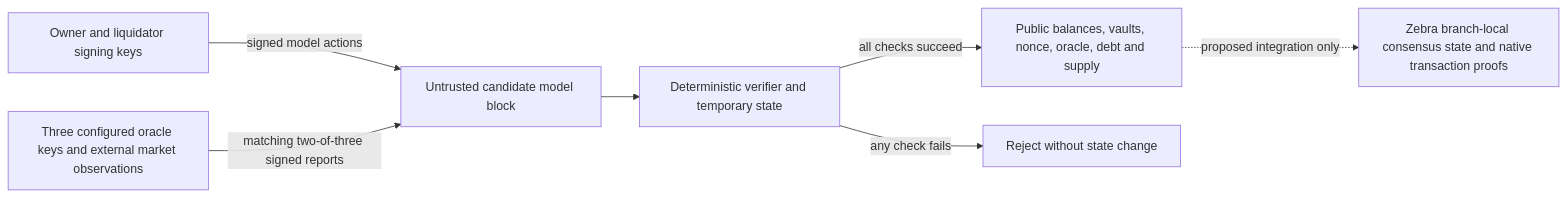
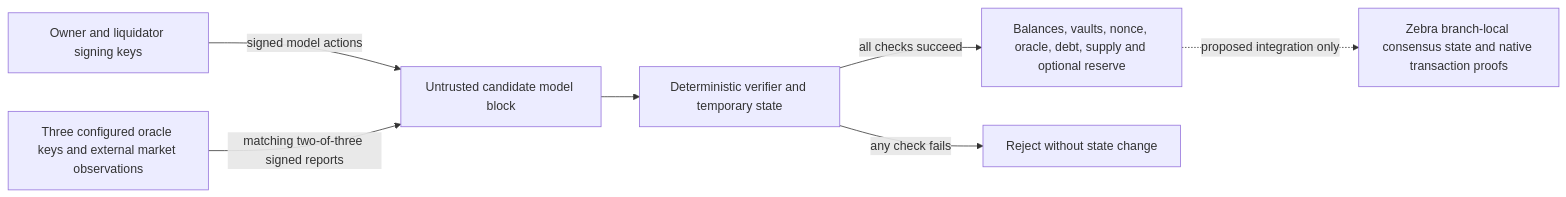
The diagram in docs/threatmodel.md (iJaack/zsv), drawn with Mermaid before and after one commit. The commit also changed other lines of this file and 26 other files, not shown here.

````diff
--- a/docs/threatmodel.md
+++ b/docs/threatmodel.md
@@ -41,9 +42,9 @@
 ```mermaid
 flowchart LR
     W[Owner and liquidator signing keys] -->|signed model actions| B[Untrusted candidate model block]
     O[Three configured oracle keys and external market observations] -->|matching two-of-three signed reports| B
     B --> V[Deterministic verifier and temporary state]
-    V -->|all checks succeed| S[Public balances, vaults, nonce, oracle, debt and supply]
+    V -->|all checks succeed| S[Balances, vaults, nonce, oracle, debt, supply and optional reserve]
     V -->|any check fails| R[Reject without state change]
     S -. proposed integration only .-> Z[Zebra branch-local consensus state and native transaction proofs]
 ```
````
